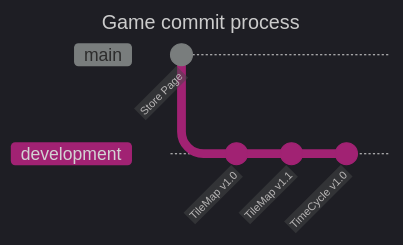
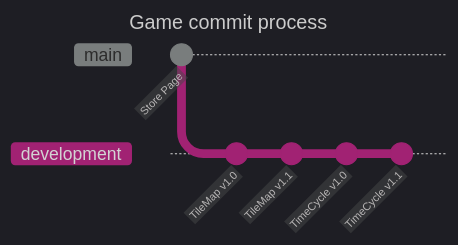
The first of 2 diagrams in dist/README.md (Jacobchestnut16/GremmiGoesToMars), drawn with Mermaid before and after one commit.

Commit message:
World Foundation: TCv1.1

````diff
--- a/dist/README.md
+++ b/dist/README.md
@@ -14,14 +14,15 @@
 ```mermaid
 ---
     title: Game commit process
     config:
         theme: dark
 ---
 gitGraph
     commit id: "Store Page"
     branch development
     commit id: "TileMap v1.0"
     commit id: "TileMap v1.1"
     commit id: "TimeCycle v1.0"
+    commit id: "TimeCycle v1.1"
     
 ```
````
